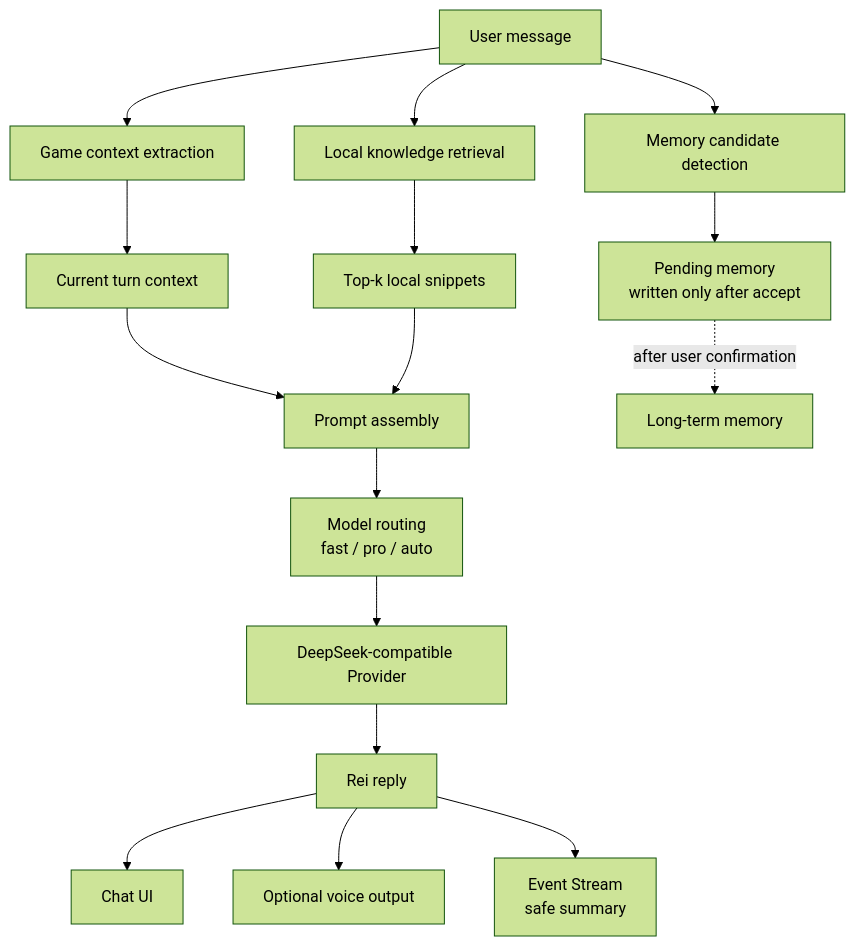
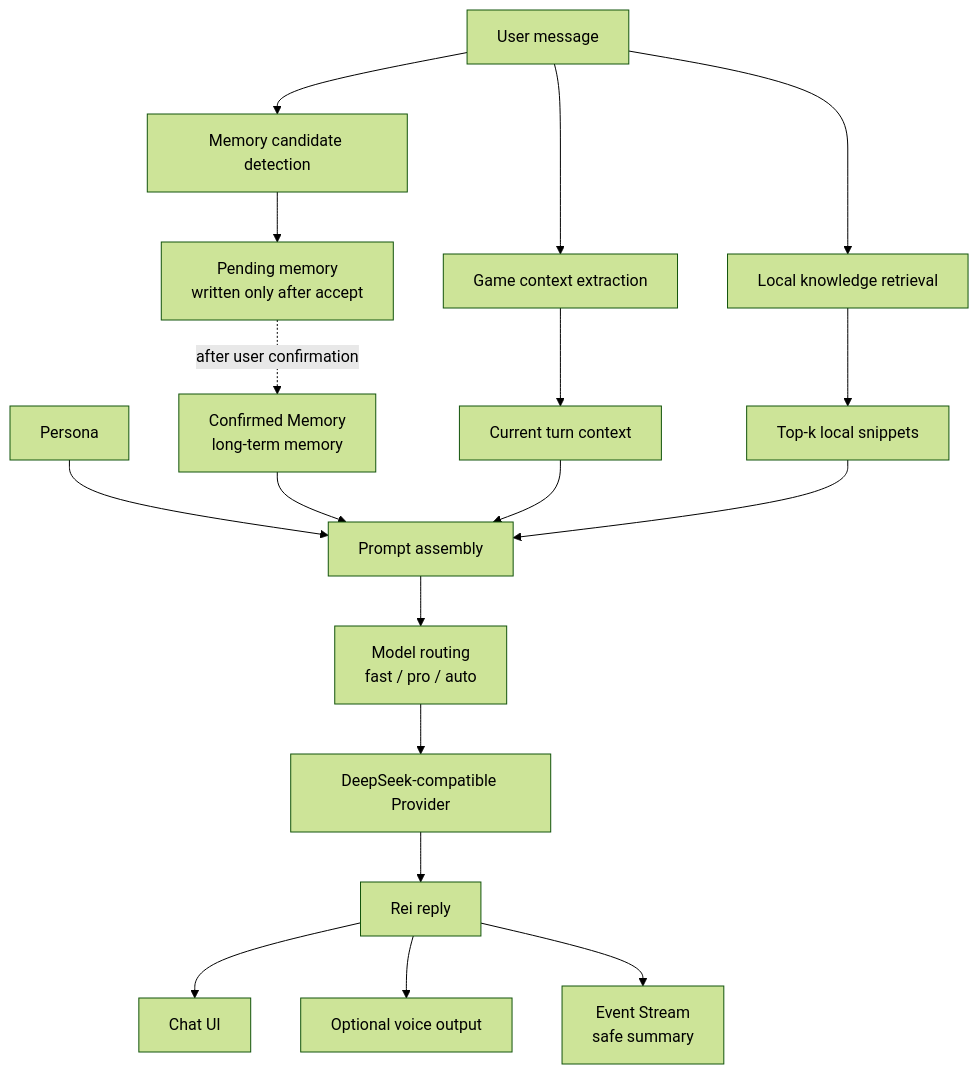
One commit to Zhuoran-26/ReiLink changed the second of 3 diagrams in README.en.md. Above: the diagram before and after it, drawn with Mermaid (forest theme). The commit also changed other lines of this file and 1 other file, not shown here.

Commit message:
docs: refine readme architecture and flow diagrams

````diff
--- a/README.en.md
+++ b/README.en.md
@@ -138,22 +140,24 @@
 ```mermaid
 flowchart TD
   U["User message"] --> GC["Game context extraction"]
   U --> MC["Memory candidate detection"]
   U --> KR["Local knowledge retrieval"]
 
   GC --> CTX["Current turn context"]
   MC --> PM["Pending memory<br/>written only after accept"]
   KR --> KG["Top-k local snippets"]
 
+  Persona["Persona"] --> Prompt["Prompt assembly"]
+  LongMemory["Confirmed Memory<br/>long-term memory"] --> Prompt
   CTX --> Prompt["Prompt assembly"]
   KG --> Prompt
   Prompt --> Router["Model routing<br/>fast / pro / auto"]
   Router --> LLM["DeepSeek-compatible Provider"]
   LLM --> Reply["Rei reply"]
 
   Reply --> UI2["Chat UI"]
   Reply --> TTS["Optional voice output"]
   Reply --> ES["Event Stream<br/>safe summary"]
 
-  PM -. "after user confirmation" .-> LongMemory["Long-term memory"]
+  PM -. "after user confirmation" .-> LongMemory
 ```
````
